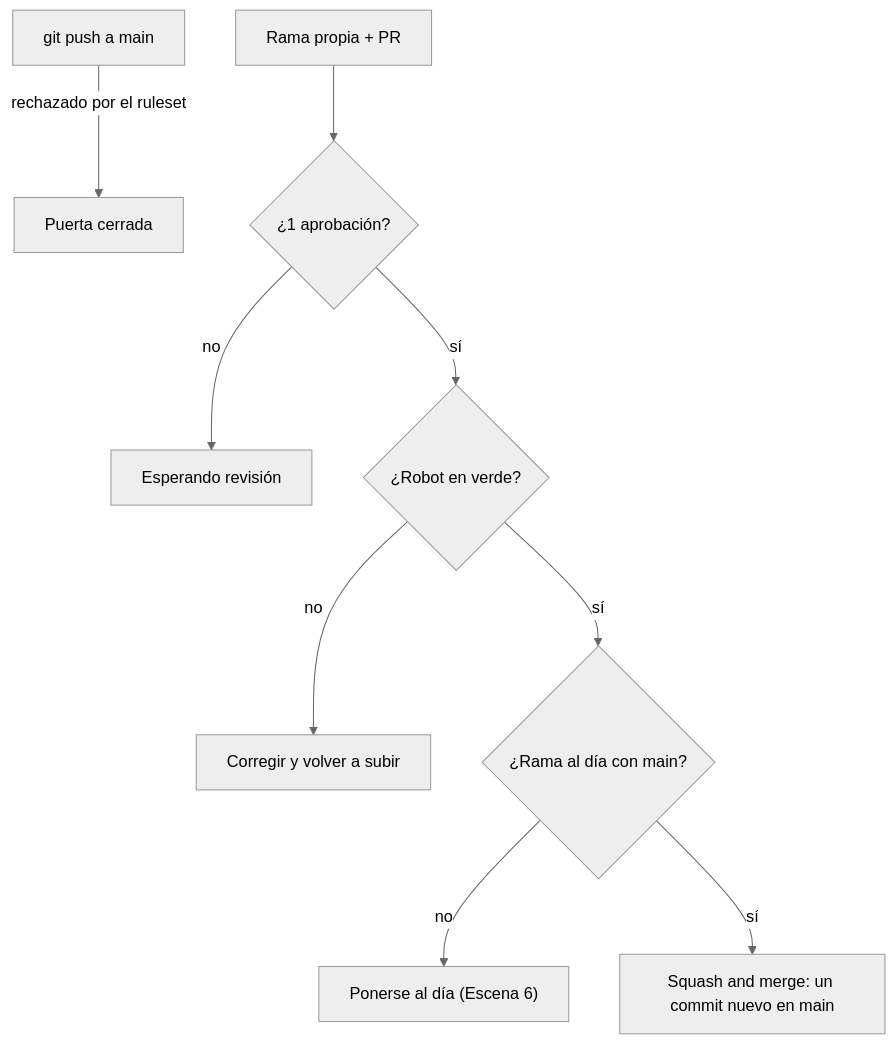
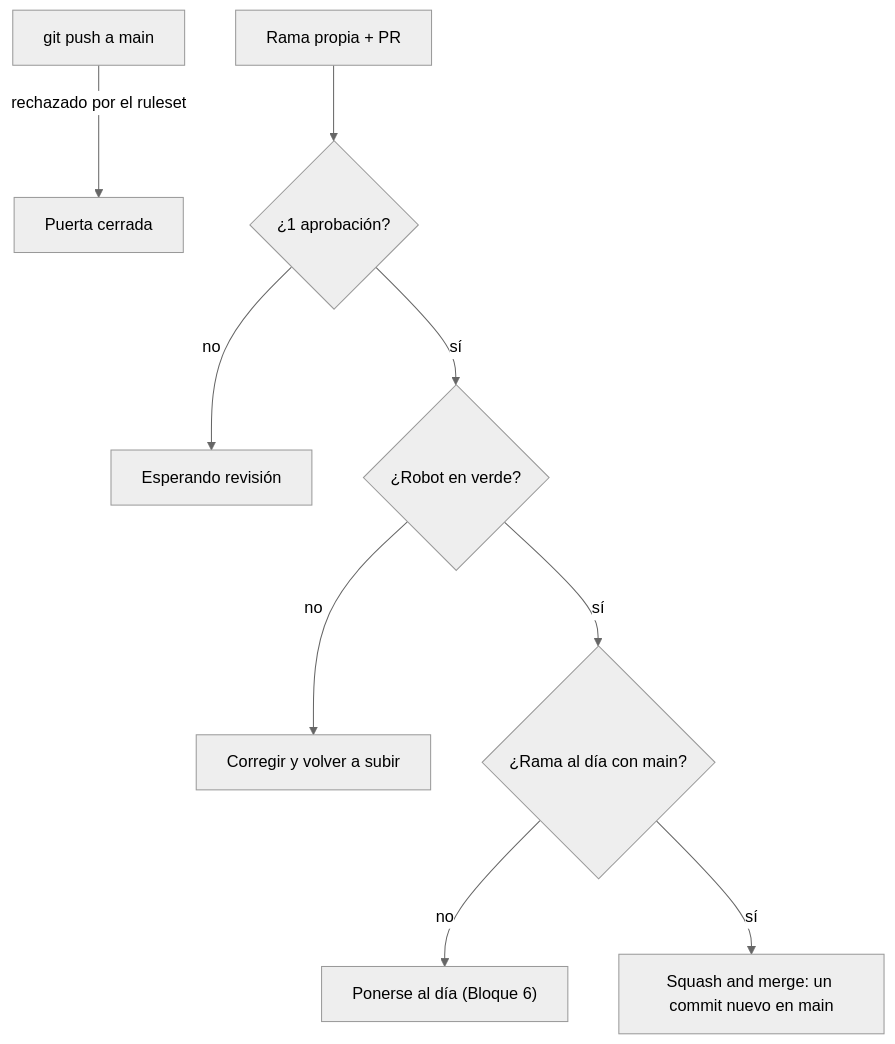
Before and after one commit to Ozia112/GitFlowTrabajoColaborativo: the fifth of 10 diagrams in guion/guion-instructor.md, drawn with Mermaid (neutral theme). The commit also changed other lines of this file and 9 other files, not shown here.

````diff
--- a/guion/guion-instructor.md
+++ b/guion/guion-instructor.md
@@ -297,11 +297,11 @@
 ```mermaid
 flowchart TD
     A["git push a main"] -->|"rechazado por el ruleset"| X["Puerta cerrada"]
     B["Rama propia + PR"] --> C{"¿1 aprobación?"}
     C -->|"no"| W["Esperando revisión"]
     C -->|"sí"| D{"¿Robot en verde?"}
     D -->|"no"| F["Corregir y volver a subir"]
     D -->|"sí"| E{"¿Rama al día con main?"}
-    E -->|"no"| G["Ponerse al día (Escena 6)"]
+    E -->|"no"| G["Ponerse al día (Bloque 6)"]
     E -->|"sí"| M["Squash and merge: un commit nuevo en main"]
 ```
````
